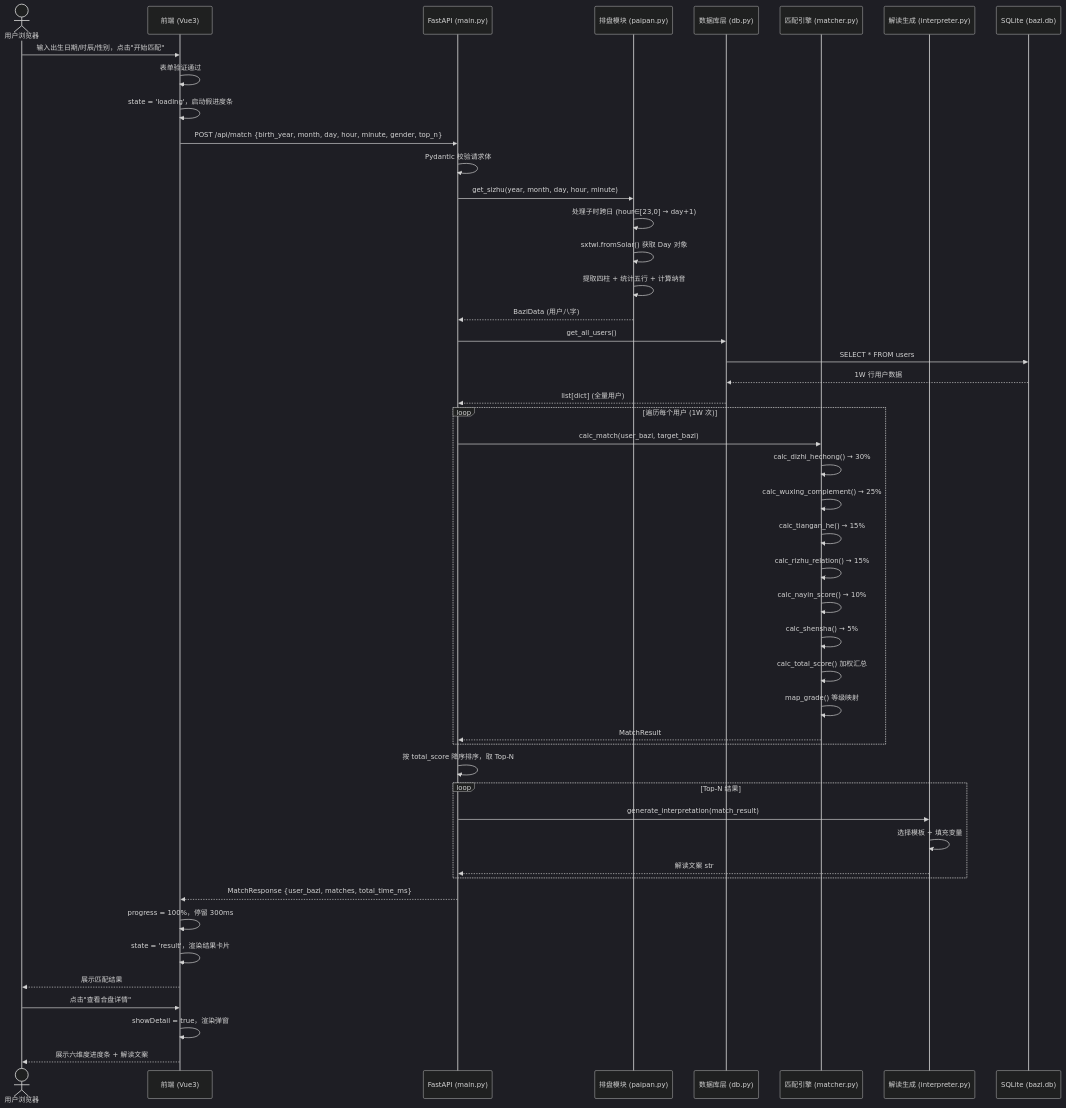
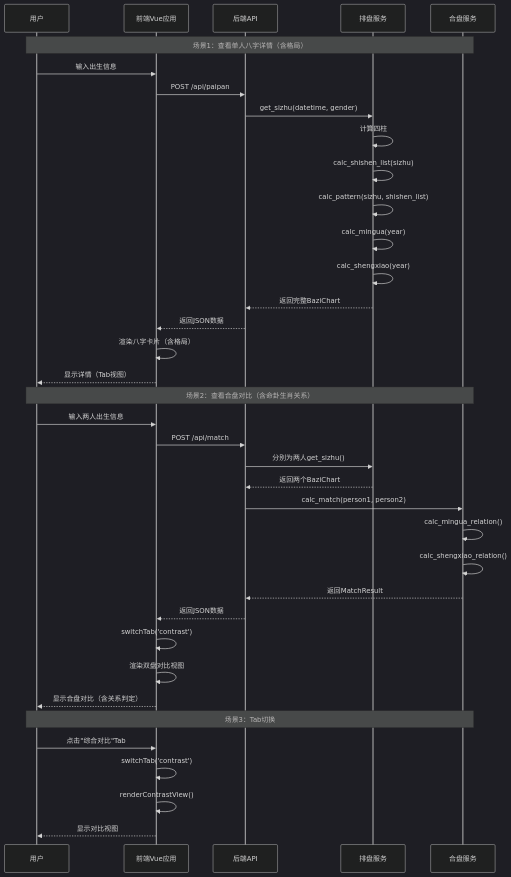
Before and after one commit to mirandavicstudio/bazi-match: the diagram in docs/sequence-diagram.mermaid, drawn with Mermaid (dark theme). The commit also changed 28 other files, not shown here.

```diff
--- a/docs/sequence-diagram.mermaid
+++ b/docs/sequence-diagram.mermaid
@@ -1,57 +1,40 @@
 sequenceDiagram
-    actor User as 用户浏览器
-    participant FE as 前端 (Vue3)
-    participant API as FastAPI (main.py)
-    participant PP as 排盘模块 (paipan.py)
-    participant DB as 数据库层 (db.py)
-    participant MT as 匹配引擎 (matcher.py)
-    participant IT as 解读生成 (interpreter.py)
-    participant SQLite as SQLite (bazi.db)
-
-    User->>FE: 输入出生日期/时辰/性别，点击"开始匹配"
-    FE->>FE: 表单验证通过
-    FE->>FE: state = 'loading'，启动假进度条
-    FE->>API: POST /api/match {birth_year, month, day, hour, minute, gender, top_n}
-
-    API->>API: Pydantic 校验请求体
-    API->>PP: get_sizhu(year, month, day, hour, minute)
-    PP->>PP: 处理子时跨日 (hour∈[23,0] → day+1)
-    PP->>PP: sxtwl.fromSolar() 获取 Day 对象
-    PP->>PP: 提取四柱 + 统计五行 + 计算纳音
-    PP-->>API: BaziData (用户八字)
-
-    API->>DB: get_all_users()
-    DB->>SQLite: SELECT * FROM users
-    SQLite-->>DB: 1W 行用户数据
-    DB-->>API: list[dict] (全量用户)
-
-    loop 遍历每个用户 (1W 次)
-        API->>MT: calc_match(user_bazi, target_bazi)
-        MT->>MT: calc_dizhi_hechong() → 30%
-        MT->>MT: calc_wuxing_complement() → 25%
-        MT->>MT: calc_tiangan_he() → 15%
-        MT->>MT: calc_rizhu_relation() → 15%
-        MT->>MT: calc_nayin_score() → 10%
-        MT->>MT: calc_shensha() → 5%
-        MT->>MT: calc_total_score() 加权汇总
-        MT->>MT: map_grade() 等级映射
-        MT-->>API: MatchResult
-    end
-
-    API->>API: 按 total_score 降序排序，取 Top-N
-
-    loop Top-N 结果
-        API->>IT: generate_interpretation(match_result)
-        IT->>IT: 选择模板 + 填充变量
-        IT-->>API: 解读文案 str
-    end
-
-    API-->>FE: MatchResponse {user_bazi, matches, total_time_ms}
-
-    FE->>FE: progress = 100%，停留 300ms
-    FE->>FE: state = 'result'，渲染结果卡片
-    FE-->>User: 展示匹配结果
-
-    User->>FE: 点击"查看合盘详情"
-    FE->>FE: showDetail = true，渲染弹窗
-    FE-->>User: 展示六维度进度条 + 解读文案
+    participant User as 用户
+    participant Frontend as 前端Vue应用
+    participant API as 后端API
+    participant PaiPan as 排盘服务
+    participant Matcher as 合盘服务
+    
+    Note over User, Matcher: 场景1：查看单人八字详情（含格局）
+    User->>Frontend: 输入出生信息
+    Frontend->>API: POST /api/paipan
+    API->>PaiPan: get_sizhu(datetime, gender)
+    PaiPan->>PaiPan: 计算四柱
+    PaiPan->>PaiPan: calc_shishen_list(sizhu)
+    PaiPan->>PaiPan: calc_pattern(sizhu, shishen_list)
+    PaiPan->>PaiPan: calc_mingua(year)
+    PaiPan->>PaiPan: calc_shengxiao(year)
+    PaiPan-->>API: 返回完整BaziChart
+    API-->>Frontend: 返回JSON数据
+    Frontend->>Frontend: 渲染八字卡片（含格局）
+    Frontend-->>User: 显示详情（Tab视图）
+    
+    Note over User, Matcher: 场景2：查看合盘对比（含命卦生肖关系）
+    User->>Frontend: 输入两人出生信息
+    Frontend->>API: POST /api/match
+    API->>PaiPan: 分别为两人get_sizhu()
+    PaiPan-->>API: 返回两个BaziChart
+    API->>Matcher: calc_match(person1, person2)
+    Matcher->>Matcher: calc_mingua_relation()
+    Matcher->>Matcher: calc_shengxiao_relation()
+    Matcher-->>API: 返回MatchResult
+    API-->>Frontend: 返回JSON数据
+    Frontend->>Frontend: switchTab('contrast')
+    Frontend->>Frontend: 渲染双盘对比视图
+    Frontend-->>User: 显示合盘对比（含关系判定）
+    
+    Note over User, Matcher: 场景3：Tab切换
+    User->>Frontend: 点击"综合对比"Tab
+    Frontend->>Frontend: switchTab('contrast')
+    Frontend->>Frontend: renderContrastView()
+    Frontend-->>User: 显示对比视图
```
